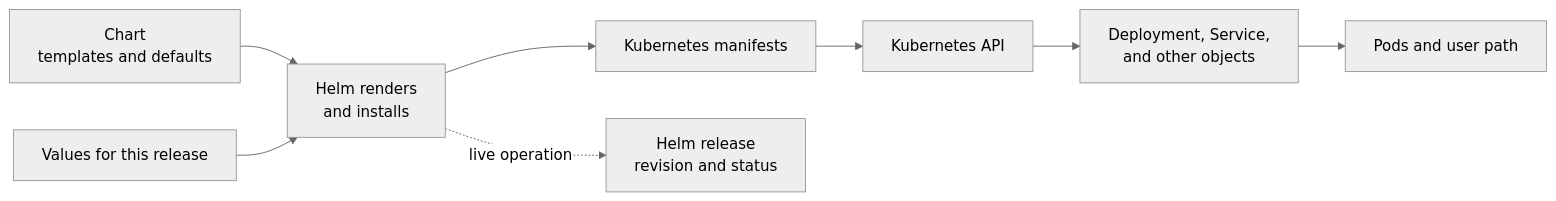
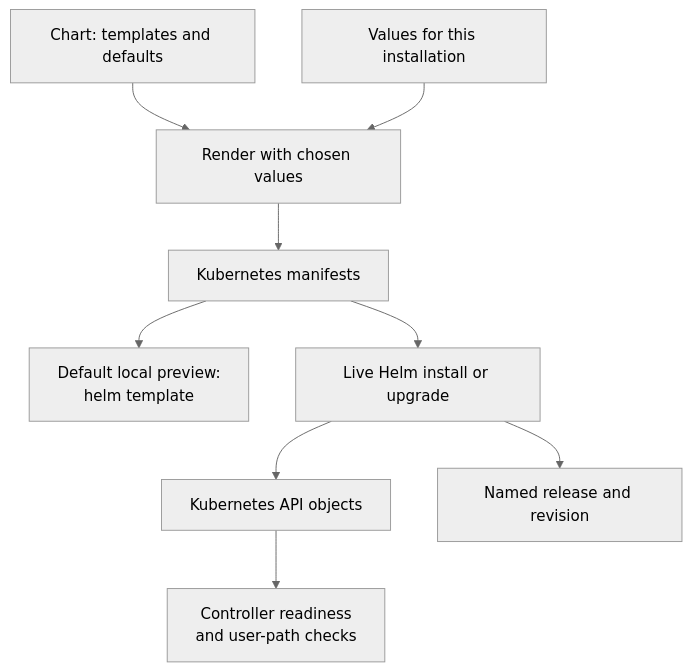
The diagram in knowledge/kubernetes/applications-and-tools/helm.md (David-A18/MY-humble-knowledge-for-everyone), drawn with Mermaid (neutral theme) before and after one commit. The commit also changed other lines of this file and 5 other files, not shown here.

Commit message:
Clarify Helm chart and release boundaries with replica diagnosis

````diff
--- a/knowledge/kubernetes/applications-and-tools/helm.md
+++ b/knowledge/kubernetes/applications-and-tools/helm.md
@@ -51,10 +94,11 @@
 ```mermaid
-flowchart LR
-  chart["Chart<br/>templates and defaults"] --> render["Helm renders<br/>and installs"]
-  values["Values for this release"] --> render
+flowchart TB
+  chart["Chart: templates and defaults"] --> render["Render with chosen values"]
+  values["Values for this installation"] --> render
   render --> manifests["Kubernetes manifests"]
-  manifests --> api["Kubernetes API"]
-  api --> objects["Deployment, Service,<br/>and other objects"]
-  objects --> workload["Pods and user path"]
-  render -. "live operation" .-> record["Helm release<br/>revision and status"]
+  manifests --> preview["Default local preview:<br/>helm template"]
+  manifests --> install["Live Helm install or upgrade"]
+  install --> api["Kubernetes API objects"]
+  install --> record["Named release and revision"]
+  api --> check["Controller readiness<br/>and user-path checks"]
 ```
````
